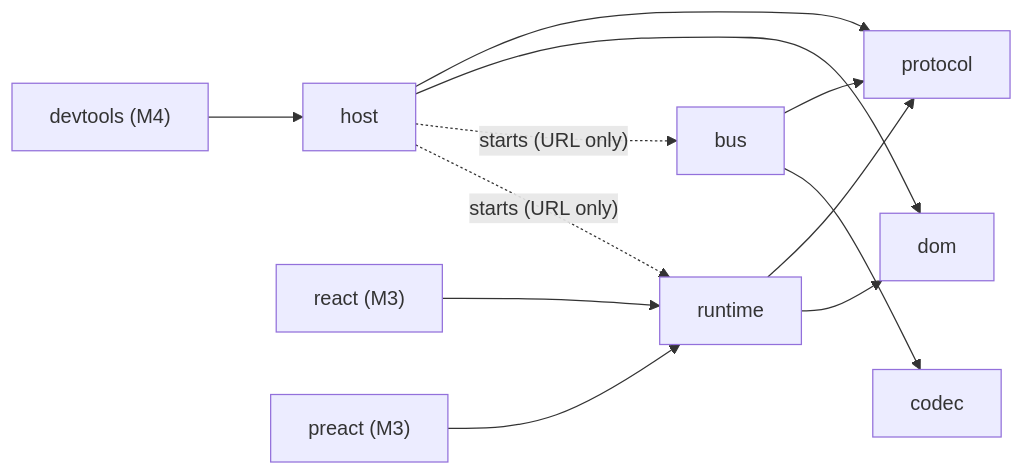
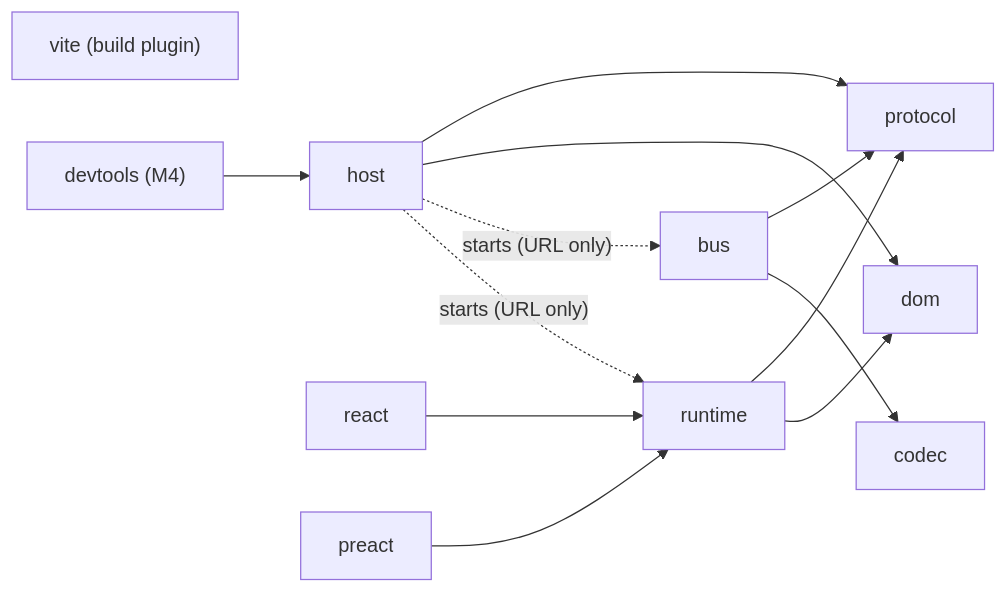
Before and after one commit to isoloop/isoloop: the second of 8 diagrams in docs/design/system-design.md, drawn with Mermaid. The commit also changed other lines of this file, not shown here.

````diff
--- a/docs/design/system-design.md
+++ b/docs/design/system-design.md
@@ -55,16 +59,17 @@
 ```mermaid
 flowchart LR
   protocol
   dom
   bus --> protocol
   bus --> codec
   host --> protocol
   host --> dom
   runtime --> protocol
   runtime --> dom
-  react["react (M3)"] --> runtime
-  preact["preact (M3)"] --> runtime
+  react --> runtime
+  preact --> runtime
+  vite["vite (build plugin)"]
   devtools["devtools (M4)"] --> host
   host -. "starts (URL only)" .-> bus
   host -. "starts (URL only)" .-> runtime
 ```
````
